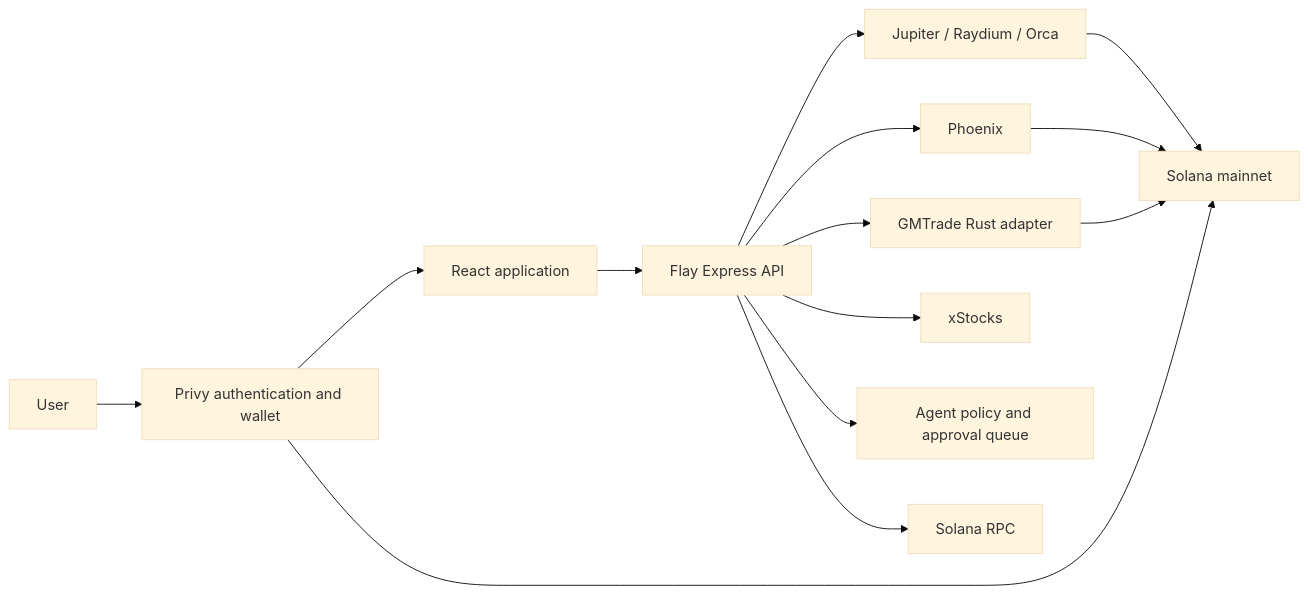
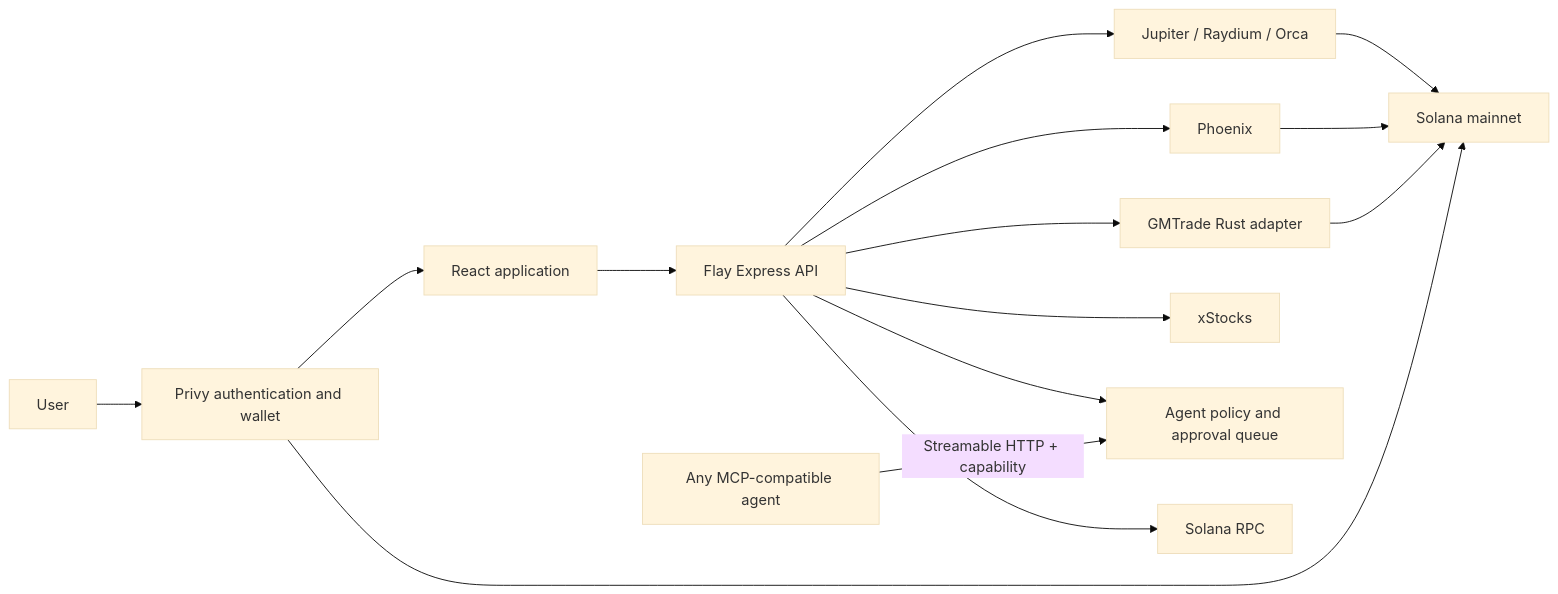
One commit to ahumdigar/flay changed the diagram in README.md. Above: the diagram before and after it, drawn with Mermaid (base theme). The commit also changed other lines of this file and 10 other files, not shown here.

````diff
--- a/README.md
+++ b/README.md
@@ -27,16 +27,17 @@
 ```mermaid
 flowchart LR
     U[User] --> P[Privy authentication and wallet]
     P --> W[React application]
     W --> A[Flay Express API]
     A --> C[Jupiter / Raydium / Orca]
     A --> F[Phoenix]
     A --> G[GMTrade Rust adapter]
     A --> X[xStocks]
     A --> AI[Agent policy and approval queue]
+    M[Any MCP-compatible agent] -->|Streamable HTTP + capability| AI
     A --> R[Solana RPC]
     C --> S[Solana mainnet]
     F --> S
     G --> S
     P --> S
 ```
````
